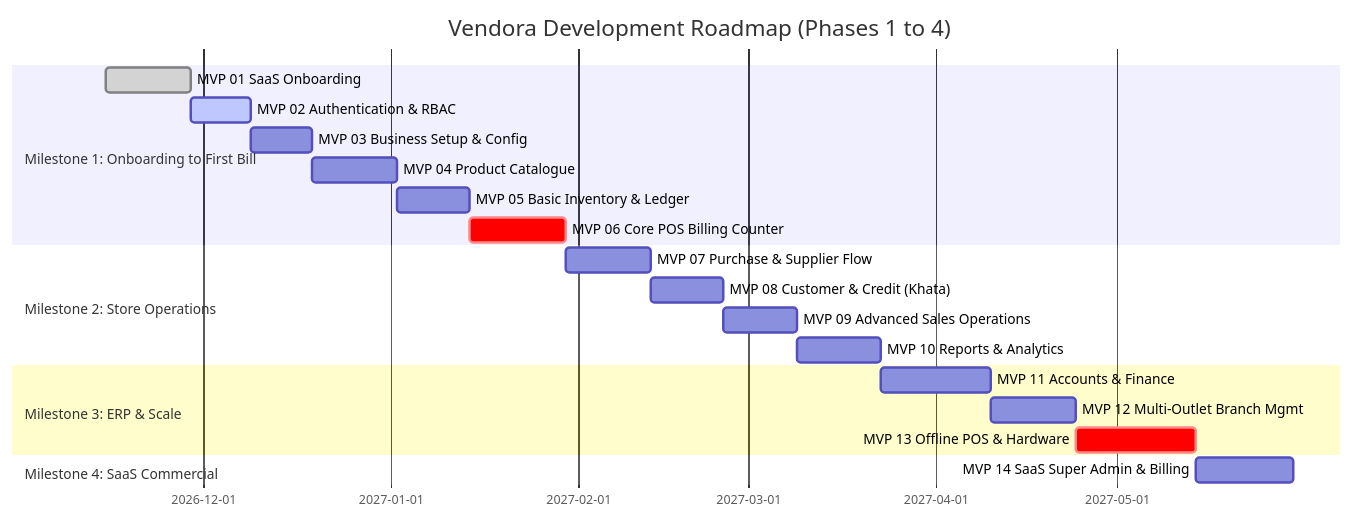
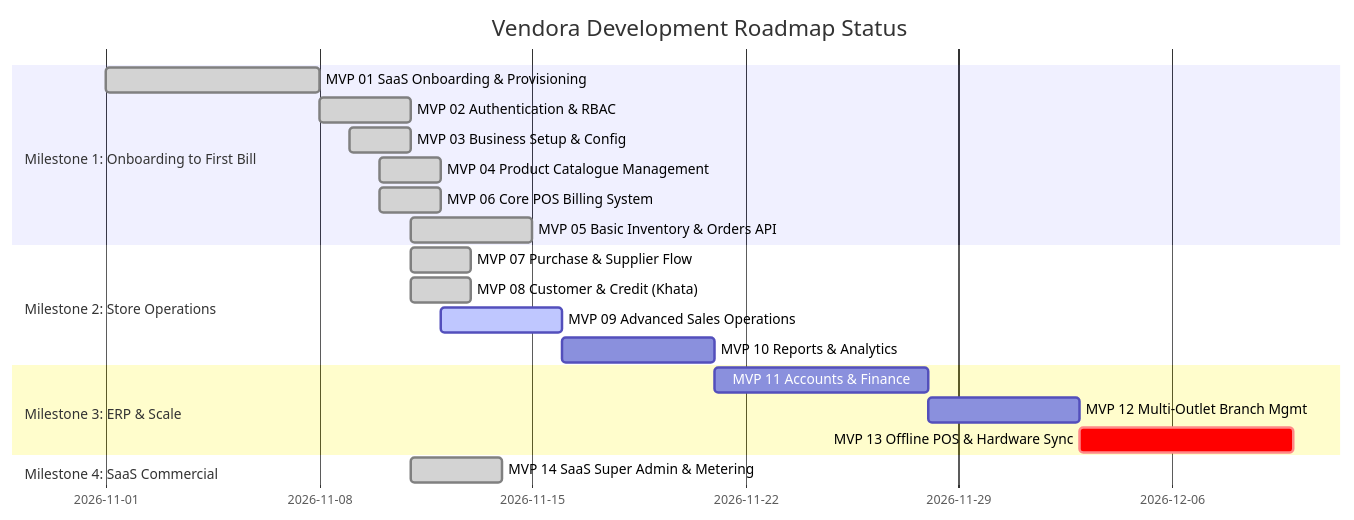
Before and after one commit to Pandi2352/vendora-Vend-Aura-: the diagram in docs/ROADMAP.md, drawn with Mermaid. The commit also changed other lines of this file and 39 other files, not shown here.

Commit message:
feat: initialize client application and server modules for POS system

````diff
--- a/docs/ROADMAP.md
+++ b/docs/ROADMAP.md
@@ -460,23 +264,23 @@
 ```mermaid
 gantt
-    title Vendora Development Roadmap (Phases 1 to 4)
+    title Vendora Development Roadmap Status
     dateFormat  YYYY-MM-DD
     section Milestone 1: Onboarding to First Bill
-    MVP 01 SaaS Onboarding           :done,    m1_1, 2026-11-15, 14d
-    MVP 02 Authentication & RBAC      :active,  m1_2, after m1_1, 10d
-    MVP 03 Business Setup & Config   :         m1_3, after m1_2, 10d
-    MVP 04 Product Catalogue         :         m1_4, after m1_3, 14d
-    MVP 05 Basic Inventory & Ledger  :         m1_5, after m1_4, 12d
-    MVP 06 Core POS Billing Counter  :crit,    m1_6, after m1_5, 16d
+    MVP 01 SaaS Onboarding & Provisioning   :done,    m1_1, 2026-11-01, 7d
+    MVP 02 Authentication & RBAC            :done,    m1_2, 2026-11-08, 3d
+    MVP 03 Business Setup & Config         :done,    m1_3, 2026-11-09, 2d
+    MVP 04 Product Catalogue Management     :done,    m1_4, 2026-11-10, 2d
+    MVP 06 Core POS Billing System          :done,    m1_6, 2026-11-10, 2d
+    MVP 05 Basic Inventory & Orders API    :done,    m1_5, 2026-11-11, 4d
     section Milestone 2: Store Operations
-    MVP 07 Purchase & Supplier Flow  :         m2_1, after m1_6, 14d
-    MVP 08 Customer & Credit (Khata) :         m2_2, after m2_1, 12d
-    MVP 09 Advanced Sales Operations :         m2_3, after m2_2, 12d
-    MVP 10 Reports & Analytics       :         m2_4, after m2_3, 14d
+    MVP 07 Purchase & Supplier Flow        :done,    m2_1, 2026-11-11, 2d
+    MVP 08 Customer & Credit (Khata)       :done,    m2_2, 2026-11-11, 2d
+    MVP 09 Advanced Sales Operations       :active,  m2_3, 2026-11-12, 4d
+    MVP 10 Reports & Analytics             :         m2_4, after m2_3, 5d
     section Milestone 3: ERP & Scale
-    MVP 11 Accounts & Finance        :         m3_1, after m2_4, 18d
-    MVP 12 Multi-Outlet Branch Mgmt  :         m3_2, after m3_1, 14d
-    MVP 13 Offline POS & Hardware    :crit,    m3_3, after m3_2, 20d
+    MVP 11 Accounts & Finance              :         m3_1, after m2_4, 7d
+    MVP 12 Multi-Outlet Branch Mgmt        :         m3_2, after m3_1, 5d
+    MVP 13 Offline POS & Hardware Sync     :crit,    m3_3, after m3_2, 7d
     section Milestone 4: SaaS Commercial
-    MVP 14 SaaS Super Admin & Billing:         m4_1, after m3_3, 16d
+    MVP 14 SaaS Super Admin & Metering     :done,    m4_1, 2026-11-11, 3d
 ```
````
